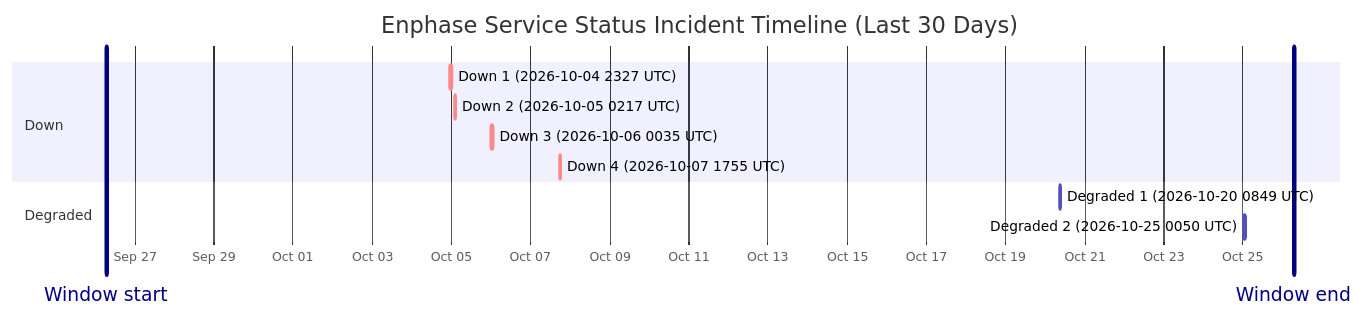
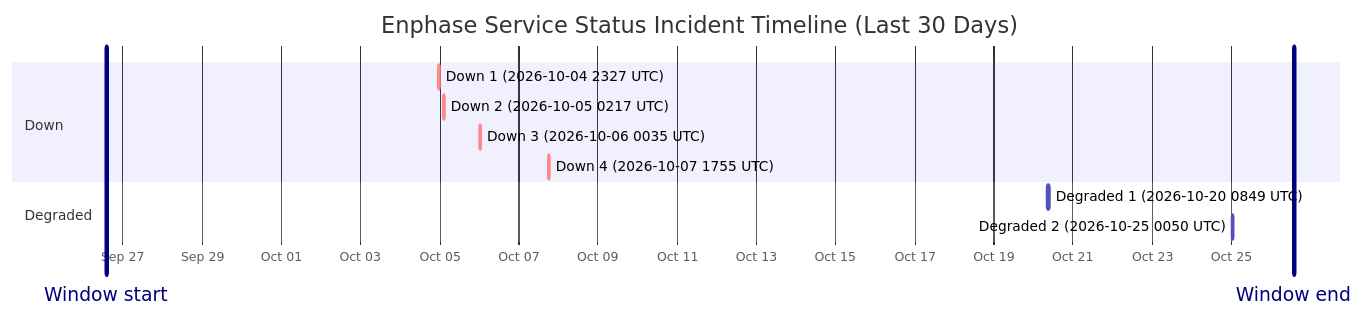
The diagram in wiki/Service-Status-History.md (barneyonline/ha-enphase-energy), drawn with Mermaid before and after one commit. The commit also changed other lines of this file and 3 other files, not shown here.

````diff
--- a/wiki/Service-Status-History.md
+++ b/wiki/Service-Status-History.md
@@ -14,16 +14,16 @@
 ```mermaid
 gantt
     title Enphase Service Status Incident Timeline (Last 30 Days)
     dateFormat  YYYY-MM-DDTHH:mm:ss
     axisFormat  %b %d
-    Window start :vert, window-start, 2026-09-26T06:51:42, 0ms
-    Window end :vert, window-end, 2026-10-26T06:51:42, 0ms
+    Window start :vert, window-start, 2026-09-26T13:53:32, 0ms
+    Window end :vert, window-end, 2026-10-26T13:53:32, 0ms
     section Down
     Down 1 (2026-10-04 2327 UTC) :crit, down-1, 2026-10-04T23:27:34, 60m
     Down 2 (2026-10-05 0217 UTC) :crit, down-2, 2026-10-05T02:17:30, 60m
     Down 3 (2026-10-06 0035 UTC) :crit, down-3, 2026-10-06T00:35:21, 60m
     Down 4 (2026-10-07 1755 UTC) :crit, down-4, 2026-10-07T17:55:16, 60m
     section Degraded
     Degraded 1 (2026-10-20 0849 UTC) :active, degraded-1, 2026-10-20T08:49:49, 60m
     Degraded 2 (2026-10-25 0050 UTC) :active, degraded-2, 2026-10-25T00:50:01, 60m
 ```
````
